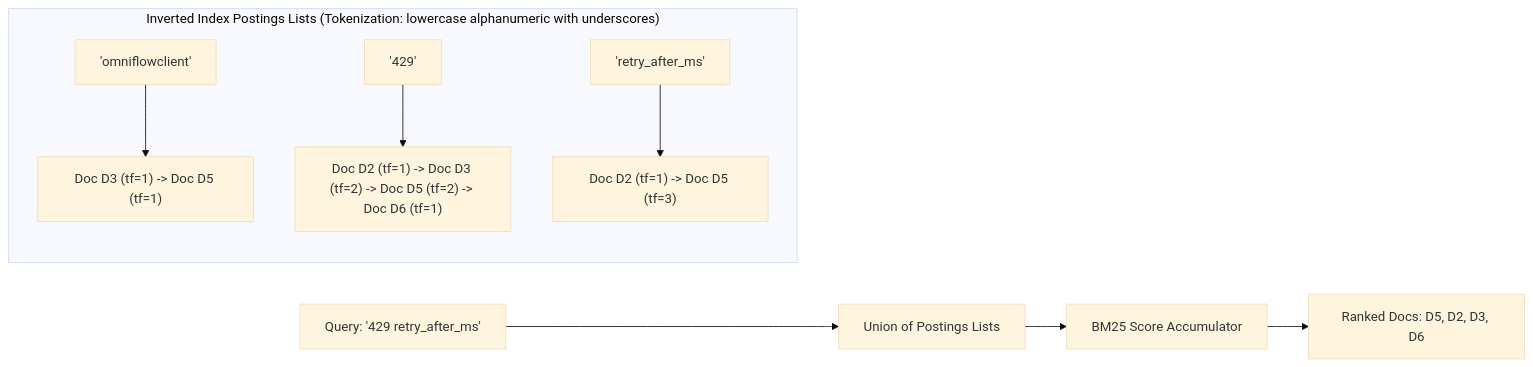
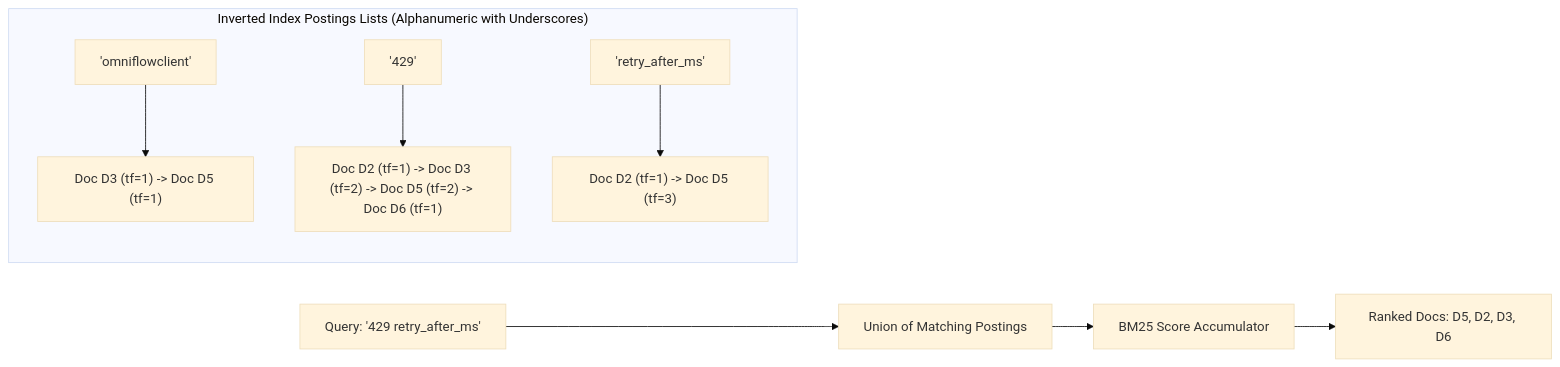
The second of 8 diagrams in rag-guide/02-retrieval-primitives.md (divyansh070/ml_notes), drawn with Mermaid (base theme) before and after one commit. The commit also changed other lines of this file and 4 other files, not shown here.

Commit message:
fix(rag-guide): create _facts.md, update 01/02/appendix, fix LaTeX rendering and Mermaid figures for GitHub

````diff
--- a/rag-guide/02-retrieval-primitives.md
+++ b/rag-guide/02-retrieval-primitives.md
@@ -25,11 +50,11 @@
 ```mermaid
 flowchart LR
-    subgraph INVERTED_INDEX ["Inverted Index Postings Lists (Tokenization: lowercase alphanumeric with underscores)"]
+    subgraph INVERTED_INDEX ["Inverted Index Postings Lists (Alphanumeric with Underscores)"]
         T1["'omniflowclient'"] --> P1["Doc D3 (tf=1) -> Doc D5 (tf=1)"]
         T2["'429'"] --> P2["Doc D2 (tf=1) -> Doc D3 (tf=2) -> Doc D5 (tf=2) -> Doc D6 (tf=1)"]
         T3["'retry_after_ms'"] --> P3["Doc D2 (tf=1) -> Doc D5 (tf=3)"]
     end
-    QUERY["Query: '429 retry_after_ms'"] --> LOOKUP["Union of Postings Lists"]
+    QUERY["Query: '429 retry_after_ms'"] --> LOOKUP["Union of Matching Postings"]
     LOOKUP --> SCORE["BM25 Score Accumulator"]
     SCORE --> TOP["Ranked Docs: D5, D2, D3, D6"]
 ```
````
